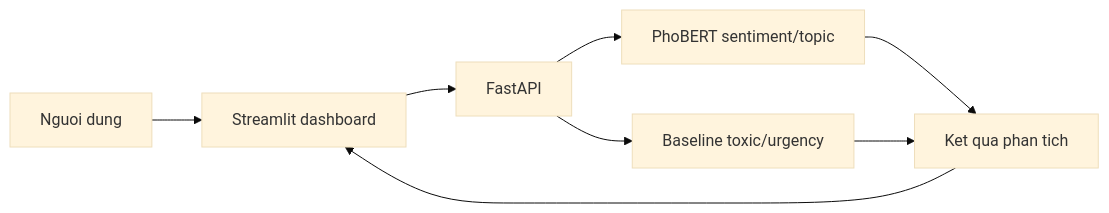
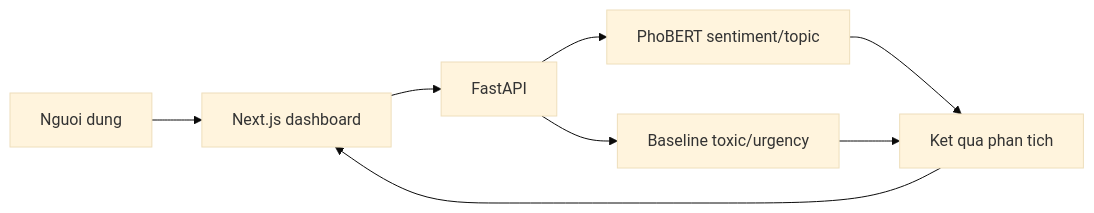
Before and after one commit to Datbadboiz11/Student-Voice-Intelligence: the diagram in README.md, drawn with Mermaid (base theme). The commit also changed other lines of this file and 5 other files, not shown here.

````diff
--- a/README.md
+++ b/README.md
@@ -19,10 +19,10 @@
 ```mermaid
 flowchart LR
-    U[Nguoi dung] --> D[Streamlit dashboard]
+    U[Nguoi dung] --> D[Next.js dashboard]
     D --> A[FastAPI]
     A --> M[PhoBERT sentiment/topic]
     A --> B[Baseline toxic/urgency]
     M --> R[Ket qua phan tich]
     B --> R
     R --> D
 ```
````
